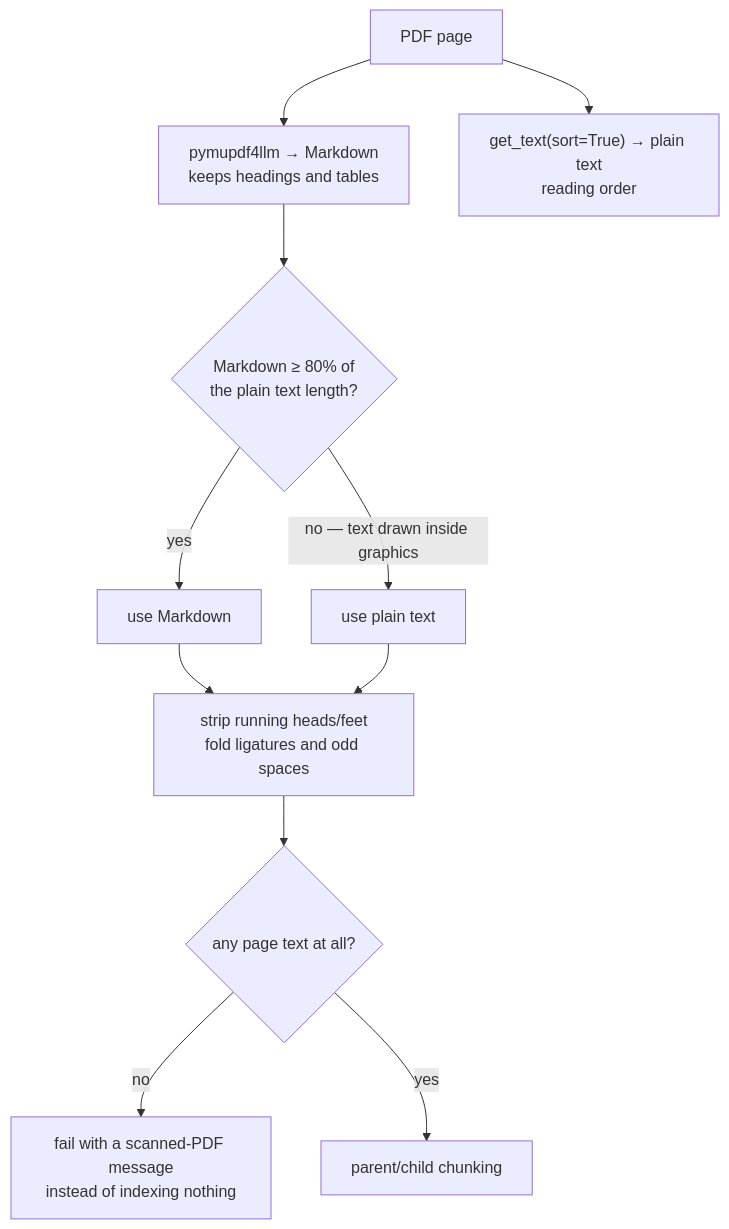
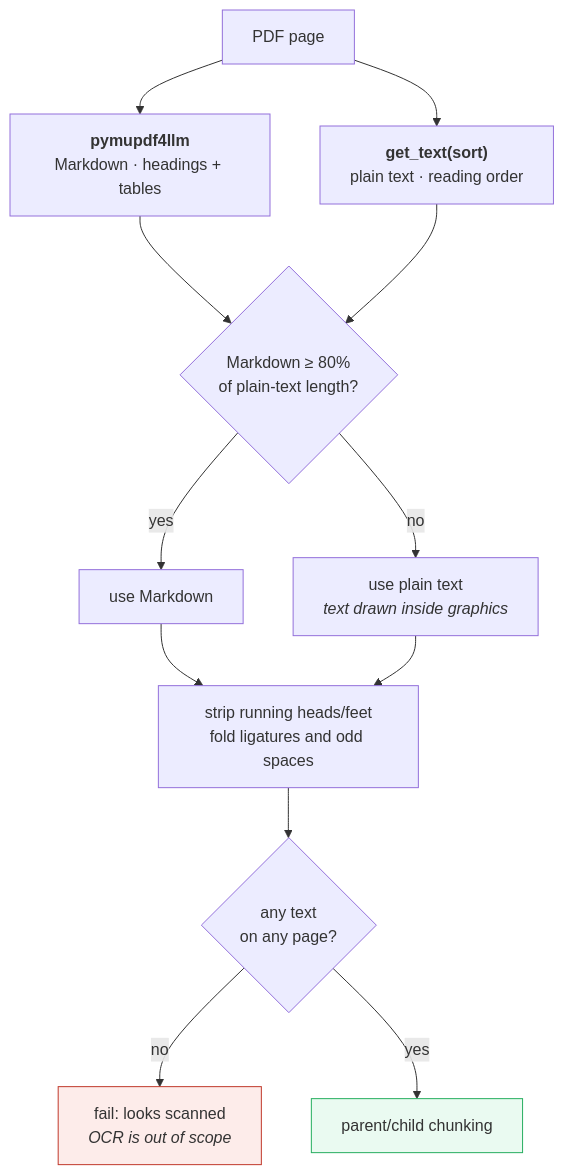
Before and after one commit to AkshayJaitly/langchain-rag-assistant: the second of 4 diagrams in README.md, drawn with Mermaid. The commit also changed other lines of this file, not shown here.

First line of the commit message:
Clean up the Mermaid diagrams

````diff
--- a/README.md
+++ b/README.md
@@ -80,13 +78,24 @@
 ```mermaid
-flowchart TD
-    PDF[PDF page] --> MD["pymupdf4llm → Markdown<br/>keeps headings and tables"]
-    PDF --> TXT["get_text(sort=True) → plain text<br/>reading order"]
-    MD --> C{"Markdown ≥ 80% of<br/>the plain text length?"}
-    C -- yes --> USEMD[use Markdown]
-    C -- "no — text drawn inside graphics" --> USETXT[use plain text]
-    USEMD --> POST[strip running heads/feet<br/>fold ligatures and odd spaces]
+flowchart TB
+    PDF["PDF page"]
+    PDF --> MD["<b>pymupdf4llm</b><br/>Markdown · headings + tables"]
+    PDF --> TXT["<b>get_text(sort)</b><br/>plain text · reading order"]
+
+    MD --> PICK{"Markdown ≥ 80%<br/>of plain-text length?"}
+    TXT --> PICK
+
+    PICK -- "yes" --> USEMD["use Markdown"]
+    PICK -- "no" --> USETXT["use plain text<br/><i>text drawn inside graphics</i>"]
+    USEMD --> POST
     USETXT --> POST
-    POST --> E{any page text at all?}
-    E -- no --> FAIL["fail with a scanned-PDF message<br/>instead of indexing nothing"]
-    E -- yes --> CHUNK[parent/child chunking]
+
+    POST["strip running heads/feet<br/>fold ligatures and odd spaces"]
+    POST --> ANY{"any text<br/>on any page?"}
+    ANY -- "no" --> FAIL["fail: looks scanned<br/><i>OCR is out of scope</i>"]
+    ANY -- "yes" --> OK["parent/child chunking"]
+
+    classDef bad fill:#fdecea,stroke:#c0392b
+    classDef good fill:#eafaf1,stroke:#27ae60
+    class FAIL bad
+    class OK good
 ```
````
